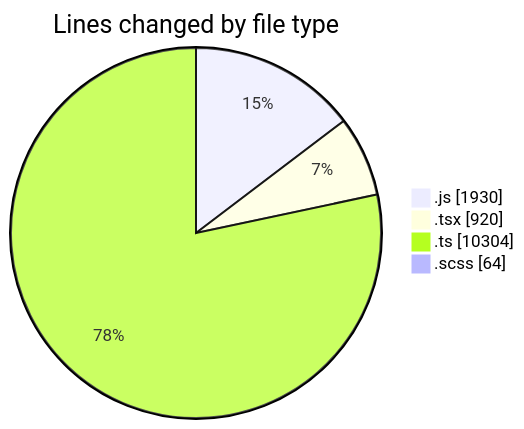
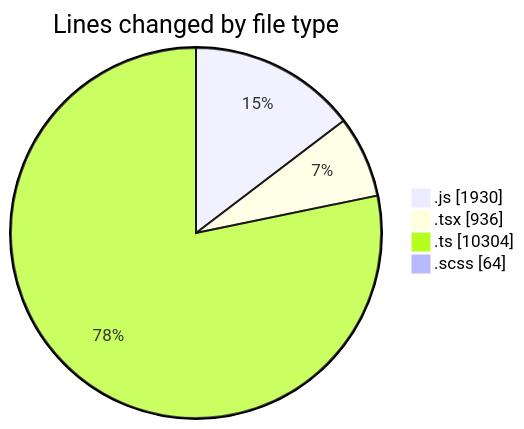
The first of 2 diagrams in 2025-03-13/cda/README.md (momahboobian/code-tracking), drawn with Mermaid before and after one commit. The commit also changed other lines of this file and 1 other file, not shown here.

````diff
--- a/2025-03-13/cda/README.md
+++ b/2025-03-13/cda/README.md
@@ -33,8 +33,8 @@
 ```mermaid
 pie showData
 title Lines changed by file type
 ".js" : 1930
-".tsx" : 920
+".tsx" : 936
 ".ts" : 10304
 ".scss" : 64
 ```
````
